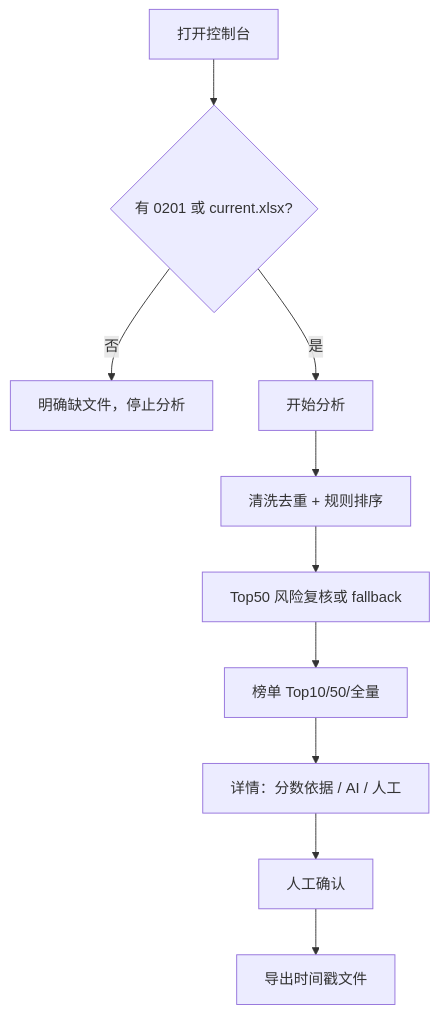
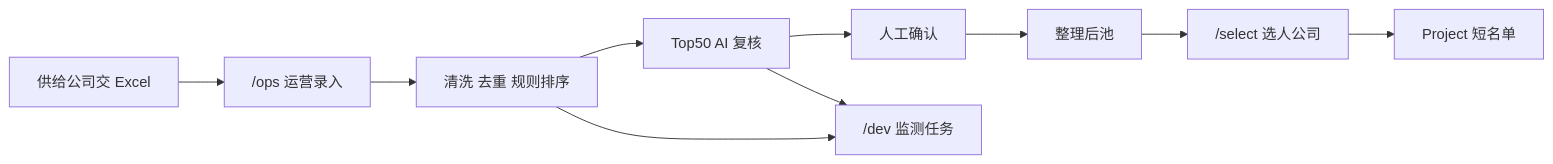
Before and after one commit to LibertychaserUS/korea-creator-system: the diagram in docs/product/UX-FLOWS.md, drawn with Mermaid. The commit also changed other lines of this file and 2 other files, not shown here.

````diff
--- a/docs/product/UX-FLOWS.md
+++ b/docs/product/UX-FLOWS.md
@@ -21,12 +9,12 @@
 ```mermaid
-flowchart TD
-  A[打开控制台] --> B{有 0201 或 current.xlsx?}
-  B -->|否| B1[明确缺文件，停止分析]
-  B -->|是| C[开始分析]
-  C --> D[清洗去重 + 规则排序]
-  D --> E[Top50 风险复核或 fallback]
-  E --> F[榜单 Top10/50/全量]
-  F --> G[详情：分数依据 / AI / 人工]
-  G --> H[人工确认]
-  H --> I[导出时间戳文件]
+flowchart LR
+  S[供给公司交 Excel] --> OPS["/ops 运营录入"]
+  OPS --> PIPE[清洗 去重 规则排序]
+  PIPE --> AI[Top50 AI 复核]
+  AI --> HUM[人工确认]
+  PIPE --> DEV["/dev 监测任务"]
+  AI --> DEV
+  HUM --> POOL[整理后池]
+  POOL --> BUY["/select 选人公司"]
+  BUY --> P[Project 短名单]
 ```
````
